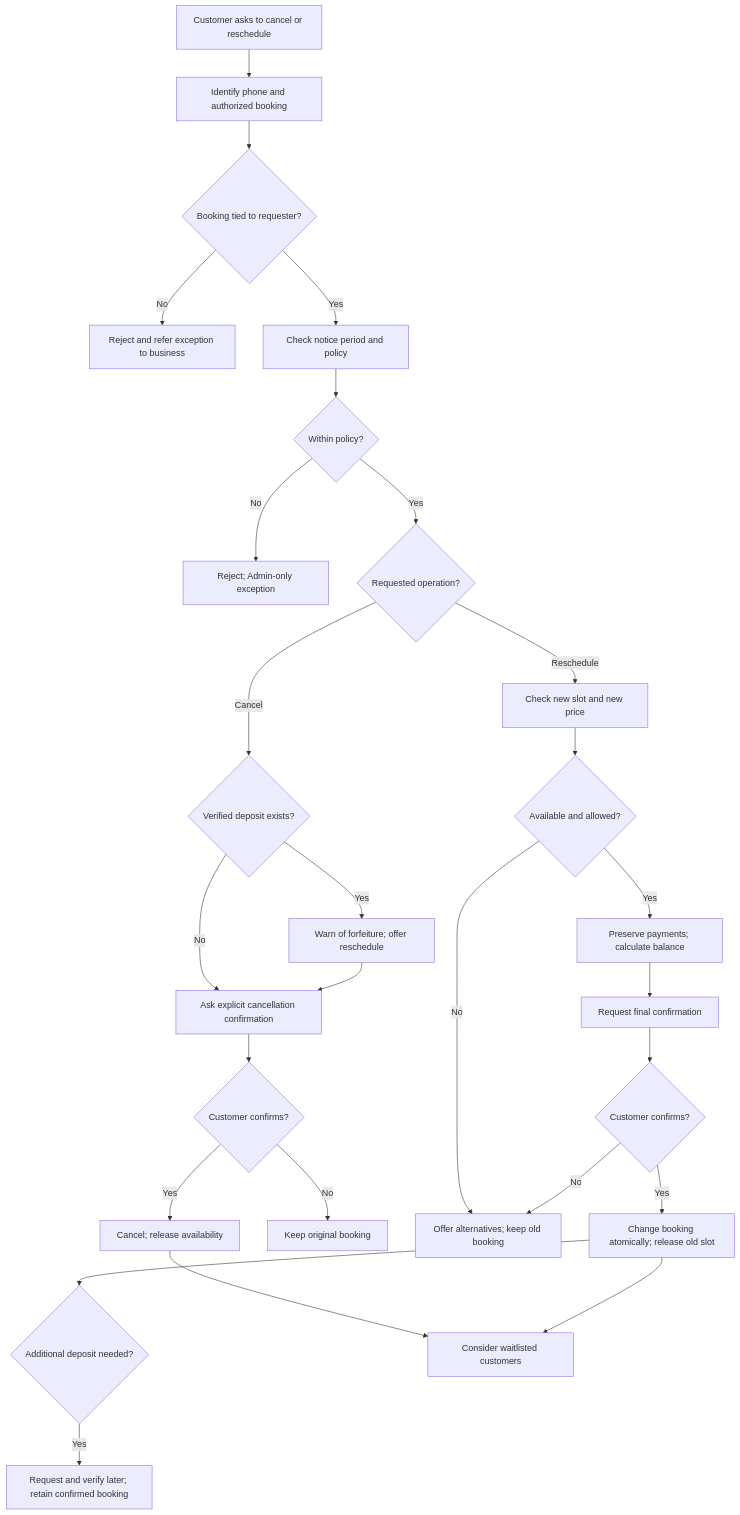
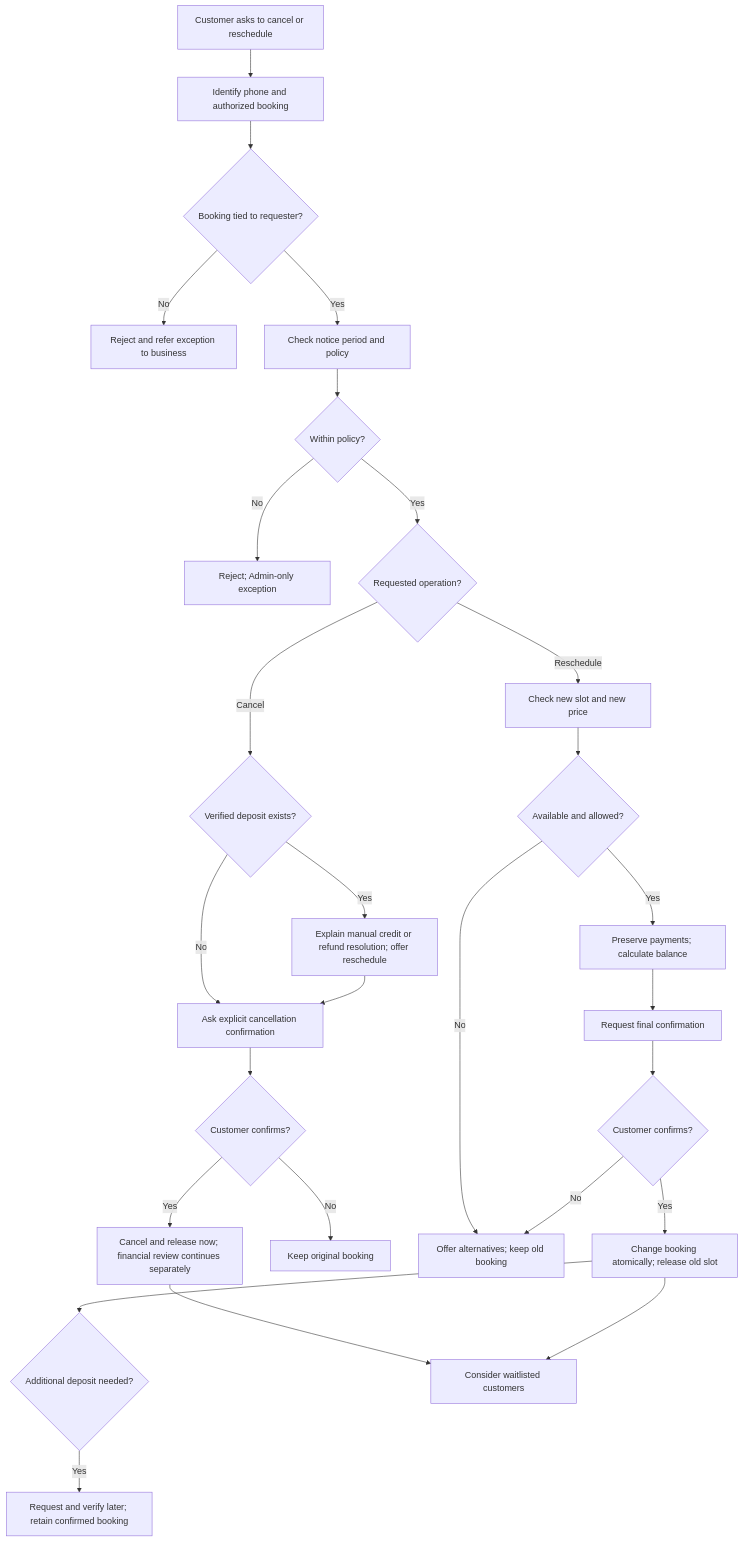
The fifth of 8 diagrams in docs/product-specs/uc-01/flows.md (nanonoir/Agendoxa), drawn with Mermaid before and after one commit. The commit also changed other lines of this file and 11 other files, not shown here.

````diff
--- a/docs/product-specs/uc-01/flows.md
+++ b/docs/product-specs/uc-01/flows.md
@@ -289,29 +307,29 @@
 ```mermaid
 flowchart TD
     A[Customer asks to cancel or reschedule] --> B[Identify phone and authorized booking]
     B --> C{Booking tied to requester?}
     C -->|No| D[Reject and refer exception to business]
     C -->|Yes| E[Check notice period and policy]
     E --> F{Within policy?}
     F -->|No| G[Reject; Admin-only exception]
     F -->|Yes| H{Requested operation?}
     H -->|Cancel| I{Verified deposit exists?}
-    I -->|Yes| J[Warn of forfeiture; offer reschedule]
+    I -->|Yes| J[Explain manual credit or refund resolution; offer reschedule]
     I -->|No| K[Ask explicit cancellation confirmation]
     J --> K
     K --> L{Customer confirms?}
-    L -->|Yes| M[Cancel; release availability]
+    L -->|Yes| M[Cancel and release now; financial review continues separately]
     L -->|No| N[Keep original booking]
     H -->|Reschedule| O[Check new slot and new price]
     O --> P{Available and allowed?}
     P -->|No| Q[Offer alternatives; keep old booking]
     P -->|Yes| R[Preserve payments; calculate balance]
     R --> U[Request final confirmation]
     U --> V{Customer confirms?}
     V -->|No| Q
     V -->|Yes| W[Change booking atomically; release old slot]
     W --> S{Additional deposit needed?}
     S -->|Yes| T[Request and verify later; retain confirmed booking]
     M --> X[Consider waitlisted customers]
     W --> X
 ```
````
